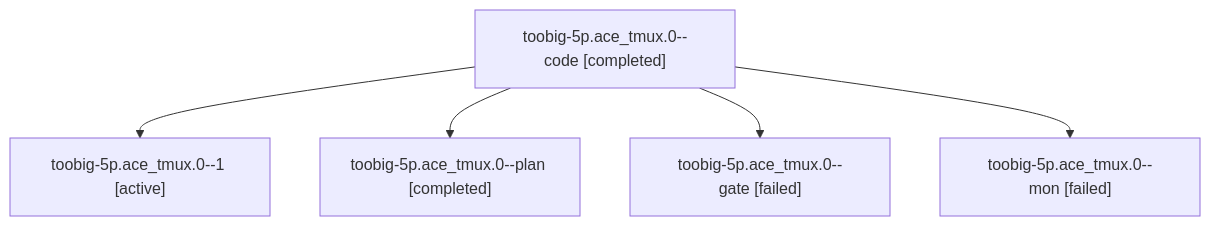
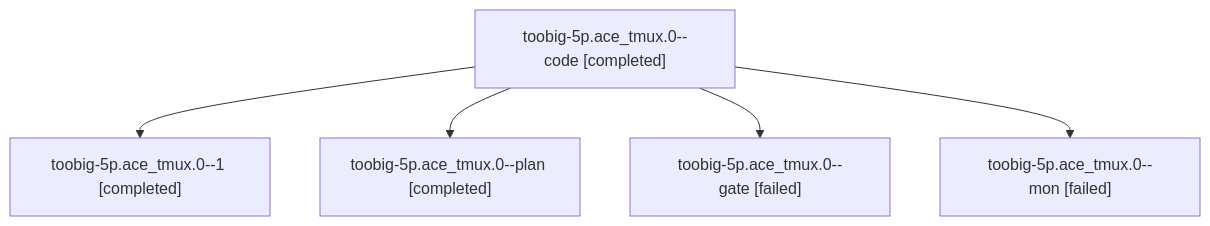
One commit to sase-org/sase--agents changed the diagram in families/bbugyi200.athena.toobig-5p.ace_tmux.0.md. Above: the diagram before and after it, drawn with Mermaid. The commit also changed other lines of this file and 53 other files, not shown here.

````diff
--- a/families/bbugyi200.athena.toobig-5p.ace_tmux.0.md
+++ b/families/bbugyi200.athena.toobig-5p.ace_tmux.0.md
@@ -9,12 +9,12 @@
 ```mermaid
 flowchart TD
   n0["toobig-5p.ace_tmux.0--code [completed]"]
-  n1["toobig-5p.ace_tmux.0--1 [active]"]
+  n1["toobig-5p.ace_tmux.0--1 [completed]"]
   n0 --> n1
   n2["toobig-5p.ace_tmux.0--plan [completed]"]
   n0 --> n2
   n3["toobig-5p.ace_tmux.0--gate [failed]"]
   n0 --> n3
   n4["toobig-5p.ace_tmux.0--mon [failed]"]
   n0 --> n4
 ```
````
